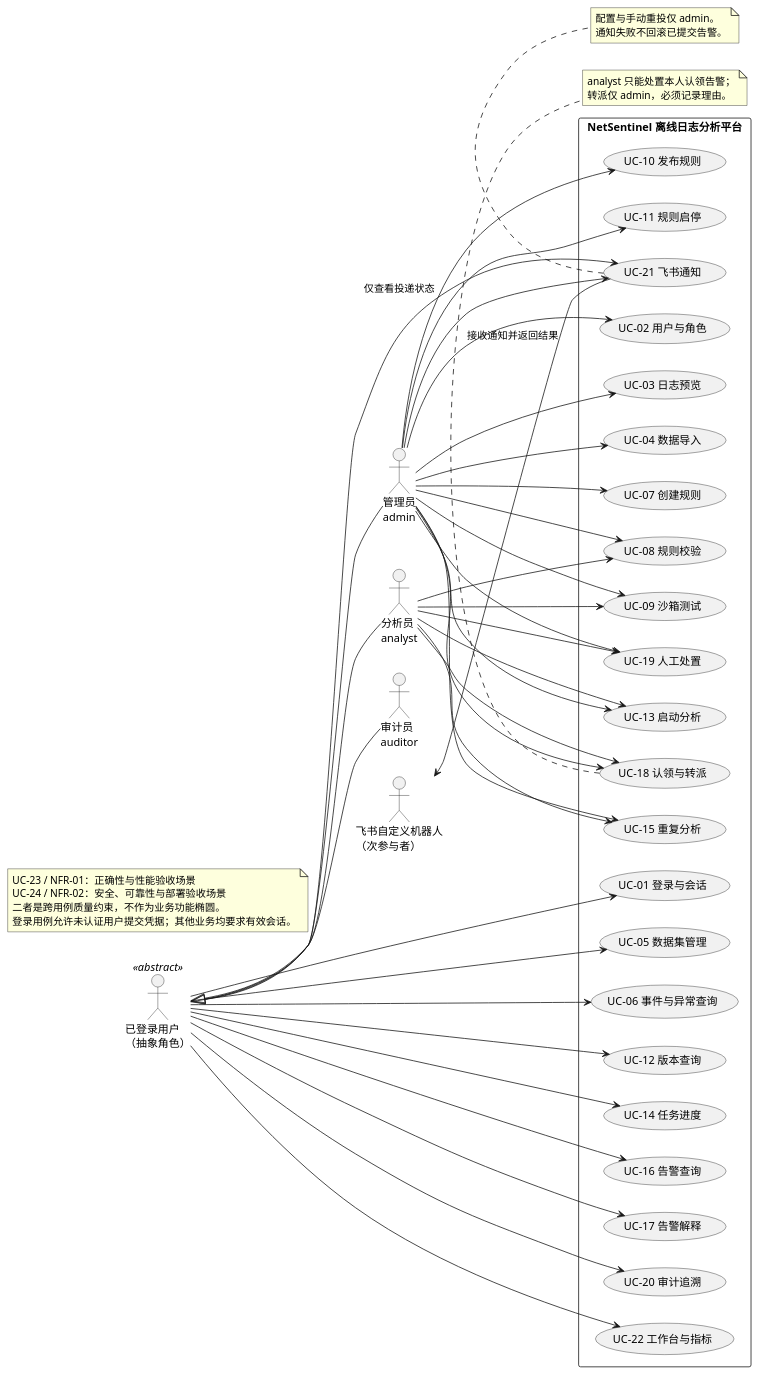
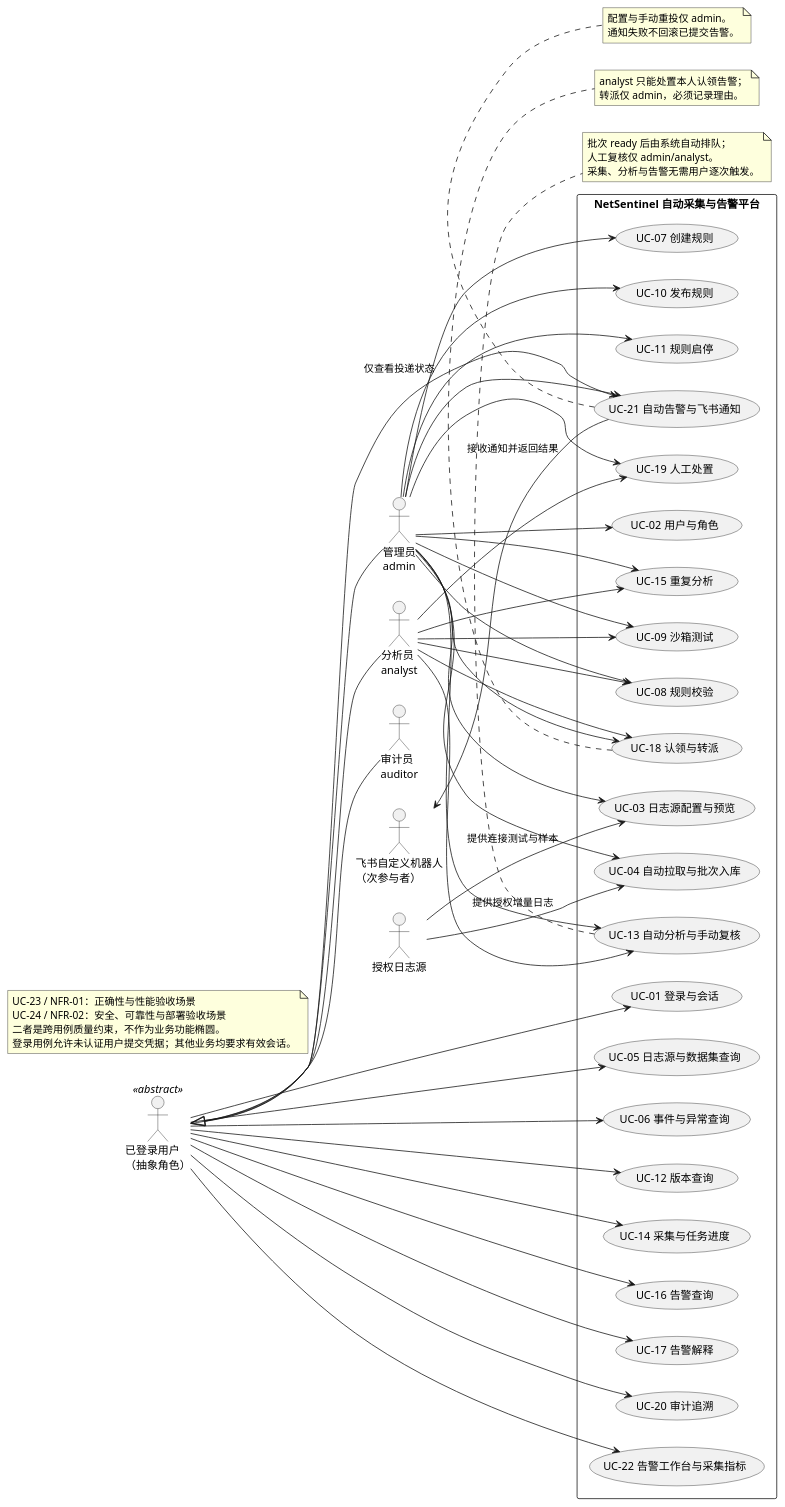
Before and after one commit to Double-Cloth/NetSentinel: the diagram in models/use-cases.puml, drawn with PlantUML. The commit also changed 1 other file, not shown here.

Commit message:
docs: 同步自动采集与告警用例图源及渲染图

```diff
--- a/models/use-cases.puml
+++ b/models/use-cases.puml
@@ -1,78 +1,86 @@
 @startuml
 ' 第 11 周候选用例图，权限以 SRS 第 2 节为准。
 left to right direction
 skinparam defaultFontName Microsoft YaHei
 skinparam shadowing false
 skinparam packageStyle rectangle
 actor "已登录用户\n（抽象角色）" as User <<abstract>>
 actor "管理员\nadmin" as Admin
 actor "分析员\nanalyst" as Analyst
 actor "审计员\nauditor" as Auditor
+actor "授权日志源" as LogSource
 actor "飞书自定义机器人\n（次参与者）" as Feishu
 User <|-- Admin
 User <|-- Analyst
 User <|-- Auditor
-rectangle "NetSentinel 离线日志分析平台" {
+rectangle "NetSentinel 自动采集与告警平台" {
   usecase "UC-01 登录与会话" as UC01
   usecase "UC-02 用户与角色" as UC02
-  usecase "UC-03 日志预览" as UC03
-  usecase "UC-04 数据导入" as UC04
-  usecase "UC-05 数据集管理" as UC05
+  usecase "UC-03 日志源配置与预览" as UC03
+  usecase "UC-04 自动拉取与批次入库" as UC04
+  usecase "UC-05 日志源与数据集查询" as UC05
   usecase "UC-06 事件与异常查询" as UC06
   usecase "UC-07 创建规则" as UC07
   usecase "UC-08 规则校验" as UC08
   usecase "UC-09 沙箱测试" as UC09
   usecase "UC-10 发布规则" as UC10
   usecase "UC-11 规则启停" as UC11
   usecase "UC-12 版本查询" as UC12
-  usecase "UC-13 启动分析" as UC13
-  usecase "UC-14 任务进度" as UC14
+  usecase "UC-13 自动分析与手动复核" as UC13
+  usecase "UC-14 采集与任务进度" as UC14
   usecase "UC-15 重复分析" as UC15
   usecase "UC-16 告警查询" as UC16
   usecase "UC-17 告警解释" as UC17
   usecase "UC-18 认领与转派" as UC18
   usecase "UC-19 人工处置" as UC19
   usecase "UC-20 审计追溯" as UC20
-  usecase "UC-21 飞书通知" as UC21
-  usecase "UC-22 工作台与指标" as UC22
+  usecase "UC-21 自动告警与飞书通知" as UC21
+  usecase "UC-22 告警工作台与采集指标" as UC22
 }
 User --> UC01
 User --> UC05
 User --> UC06
 User --> UC12
 User --> UC14
 User --> UC16
 User --> UC17
 User --> UC20
 User --> UC22
 Admin --> UC02
 Admin --> UC03
 Admin --> UC04
 Admin --> UC07
 Admin --> UC08
 Admin --> UC09
 Admin --> UC10
 Admin --> UC11
 Admin --> UC13
 Admin --> UC15
 Admin --> UC18
 Admin --> UC19
 Admin --> UC21
 Analyst --> UC08
 Analyst --> UC09
 Analyst --> UC13
 Analyst --> UC15
 Analyst --> UC18
 Analyst --> UC19
 User --> UC21 : 仅查看投递状态
+LogSource --> UC03 : 提供连接测试与样本
+LogSource --> UC04 : 提供授权增量日志
 Feishu <-- UC21 : 接收通知并返回结果
+note bottom of UC13
+批次 ready 后由系统自动排队；
+人工复核仅 admin/analyst。
+采集、分析与告警无需用户逐次触发。
+end note
 note bottom of UC18
 analyst 只能处置本人认领告警；
 转派仅 admin，必须记录理由。
 end note
 note bottom of UC21
 配置与手动重投仅 admin。
 通知失败不回滚已提交告警。
 end note
 note "UC-23 / NFR-01：正确性与性能验收场景\nUC-24 / NFR-02：安全、可靠性与部署验收场景\n二者是跨用例质量约束，不作为业务功能椭圆。\n登录用例允许未认证用户提交凭据；其他业务均要求有效会话。" as Quality
 @enduml
```
